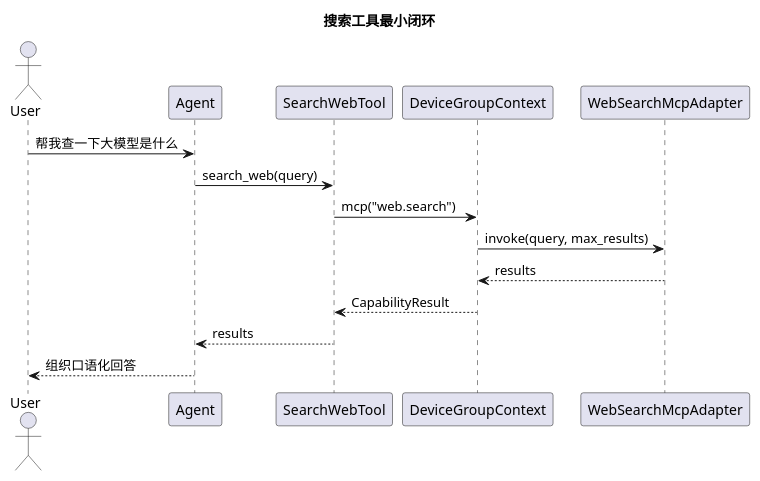
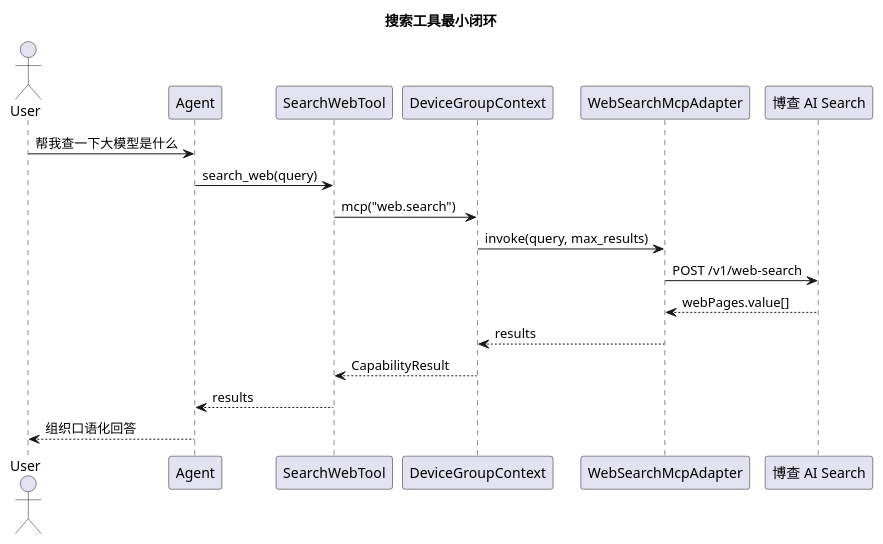
The diagram in openaiglass-for-blind/docs/stage1/develop/Search-搜索工具实施文档.md (HengeLiu/RealtimeAgent), drawn with PlantUML before and after one commit. The commit also changed other lines of this file and 6 other files, not shown here.

````diff
--- a/openaiglass-for-blind/docs/stage1/develop/Search-搜索工具实施文档.md
+++ b/openaiglass-for-blind/docs/stage1/develop/Search-搜索工具实施文档.md
@@ -26,21 +50,24 @@
 ```plantuml
 @startuml
 title 搜索工具最小闭环
 
 actor User as user
 participant "Agent" as agent
 participant "SearchWebTool" as tool
 participant "DeviceGroupContext" as ctx
 participant "WebSearchMcpAdapter" as search
+participant "博查 AI Search" as bocha
 
 user -> agent: 帮我查一下大模型是什么
 agent -> tool: search_web(query)
 tool -> ctx: mcp("web.search")
 ctx -> search: invoke(query, max_results)
+search -> bocha: POST /v1/web-search
+bocha --> search: webPages.value[]
 search --> ctx: results
 ctx --> tool: CapabilityResult
 tool --> agent: results
 agent --> user: 组织口语化回答
 
 @enduml
 ```
````
